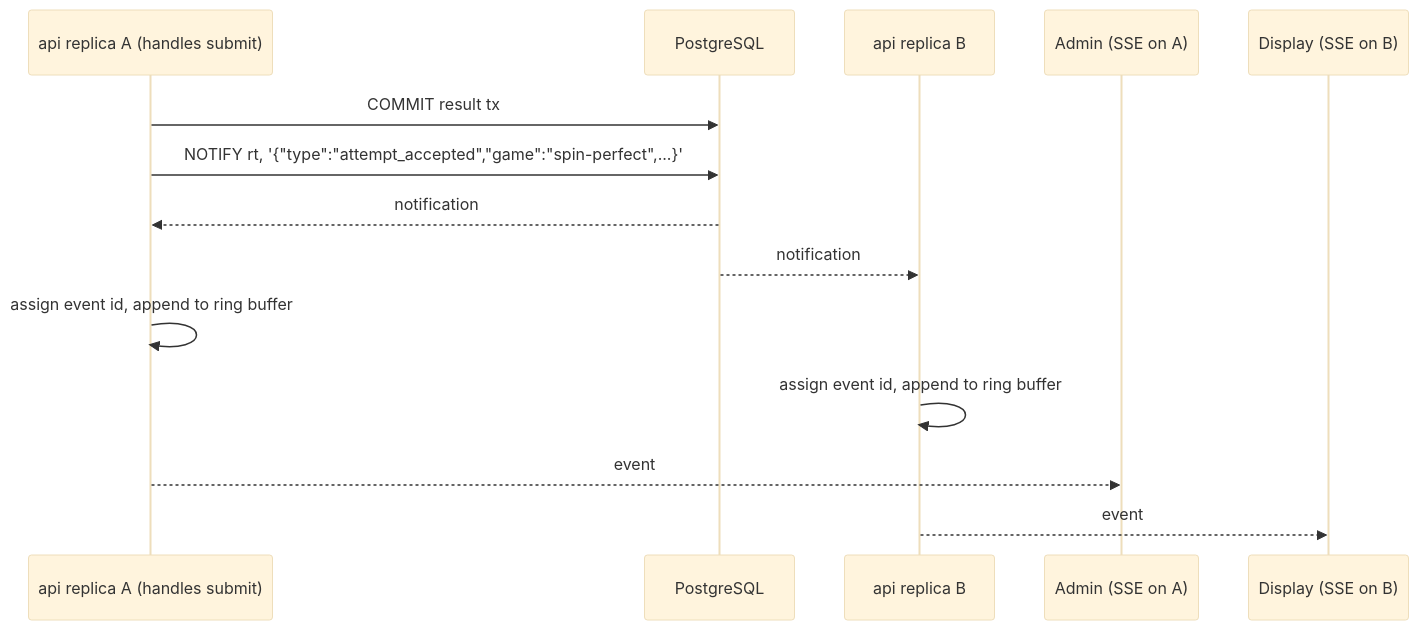
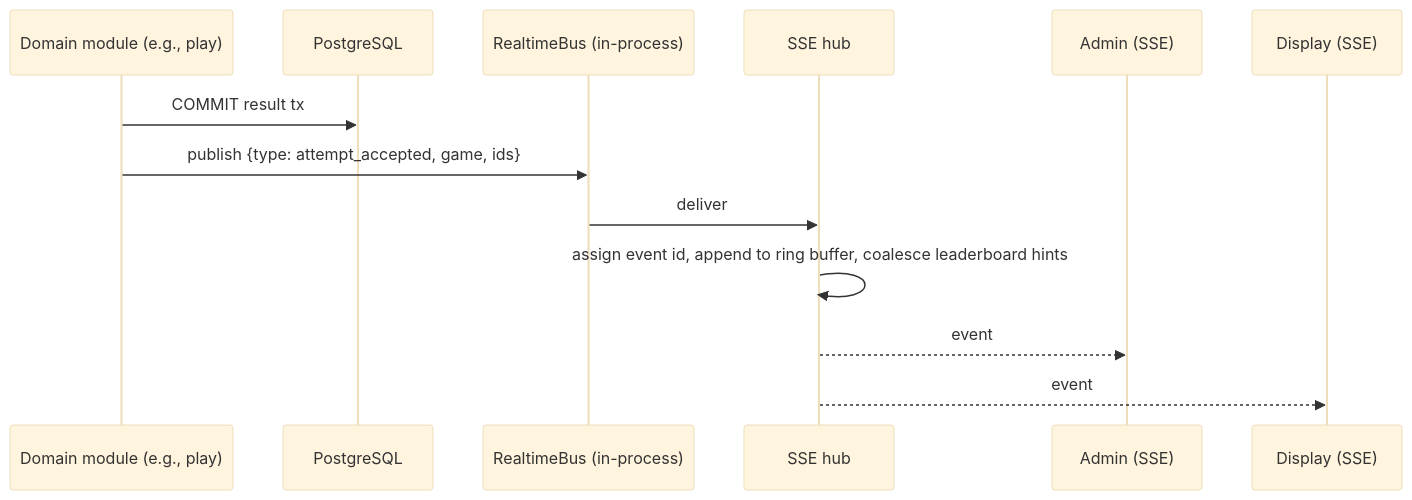
Before and after one commit to osameh15/Snowa-Exhibition-Game: the diagram in docs/01-architecture/07-realtime-architecture.md, drawn with Mermaid (base theme). The commit also changed other lines of this file and 61 other files, not shown here.

First line of the commit message:
docs: right-size secure exhibition architecture

````diff
--- a/docs/01-architecture/07-realtime-architecture.md
+++ b/docs/01-architecture/07-realtime-architecture.md
@@ -23,16 +25,15 @@
 ```mermaid
 sequenceDiagram
-  participant H as api replica A (handles submit)
+  participant M as Domain module (e.g., play)
   participant PG as PostgreSQL
-  participant B as api replica B
-  participant C1 as Admin (SSE on A)
-  participant C2 as Display (SSE on B)
-  H->>PG: COMMIT result tx
-  H->>PG: NOTIFY rt, '{"type":"attempt_accepted","game":"spin-perfect",...}'
-  PG-->>H: notification
-  PG-->>B: notification
-  H->>H: assign event id, append to ring buffer
-  B->>B: assign event id, append to ring buffer
-  H-->>C1: event
-  B-->>C2: event
+  participant BUS as RealtimeBus (in-process)
+  participant HUB as SSE hub
+  participant C1 as Admin (SSE)
+  participant C2 as Display (SSE)
+  M->>PG: COMMIT result tx
+  M->>BUS: publish {type: attempt_accepted, game, ids}
+  BUS->>HUB: deliver
+  HUB->>HUB: assign event id, append to ring buffer, coalesce leaderboard hints
+  HUB-->>C1: event
+  HUB-->>C2: event
 ```
````
